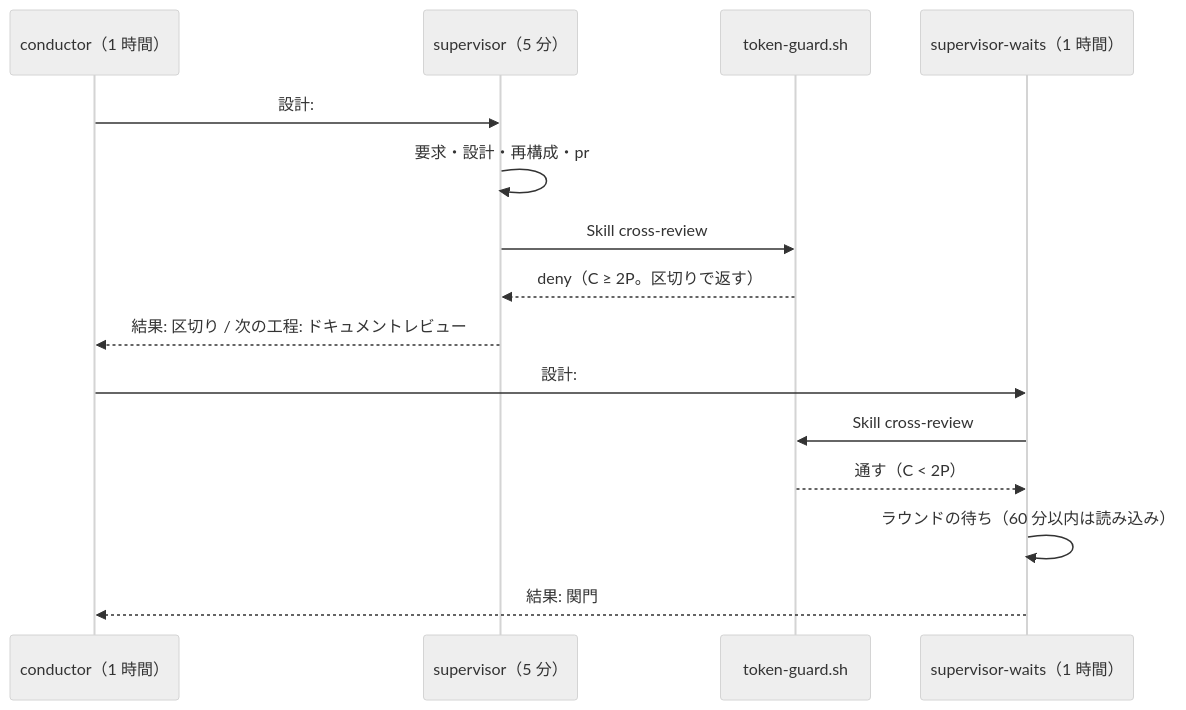
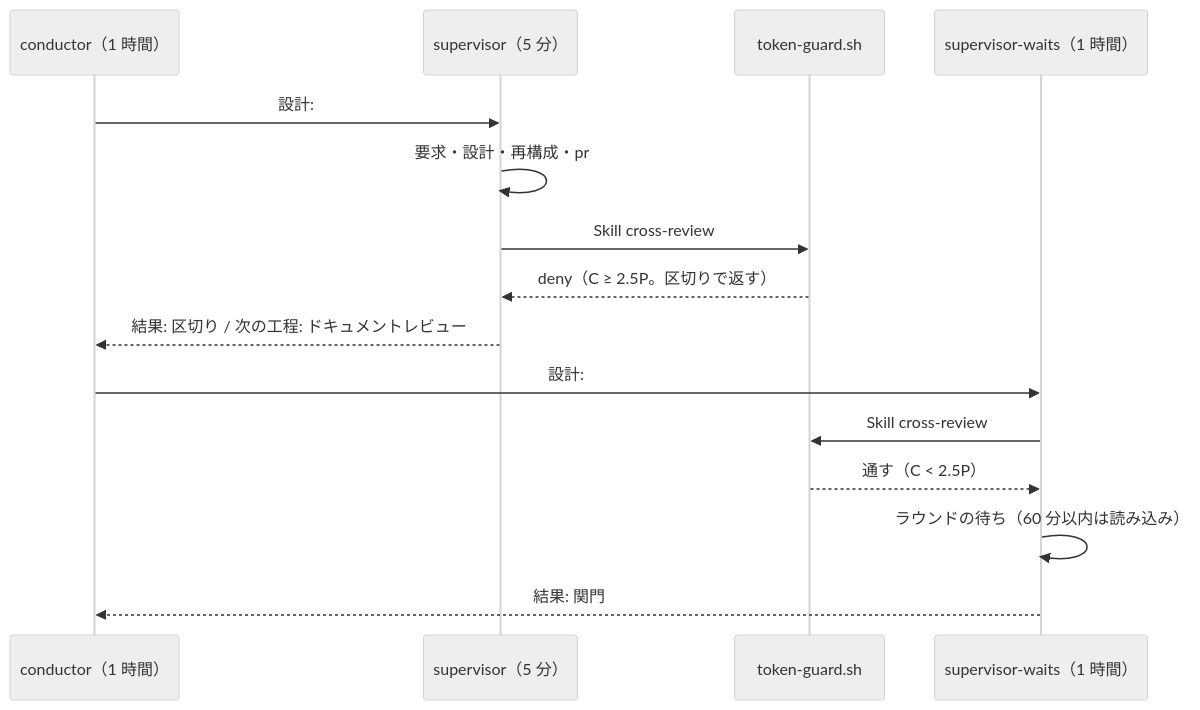
Before and after one commit to devbasex/ai-plugins: the second of 3 diagrams in issues/issue-954-design.md, drawn with Mermaid (neutral theme). The commit also changed other lines of this file and 3 other files, not shown here.

````diff
--- a/issues/issue-954-design.md
+++ b/issues/issue-954-design.md
@@ -204,17 +207,17 @@
 ```mermaid
 sequenceDiagram
   participant C as conductor（1 時間）
   participant S1 as supervisor（5 分）
   participant H as token-guard.sh
   participant S2 as supervisor-waits（1 時間）
   C->>S1: 設計: #954（ndf:supervisor）
   S1->>S1: 要求・設計・再構成・pr
   S1->>H: Skill cross-review
-  H-->>S1: deny（C ≥ 2P。区切りで返す）
+  H-->>S1: deny（C ≥ 2.5P。区切りで返す）
   S1-->>C: 結果: 区切り / 次の工程: ドキュメントレビュー
   C->>S2: 設計: #954（ndf:supervisor-waits、前の報告）
   S2->>H: Skill cross-review
-  H-->>S2: 通す（C < 2P）
+  H-->>S2: 通す（C < 2.5P）
   S2->>S2: ラウンドの待ち（60 分以内は読み込み）
   S2-->>C: 結果: 関門
 ```
````
